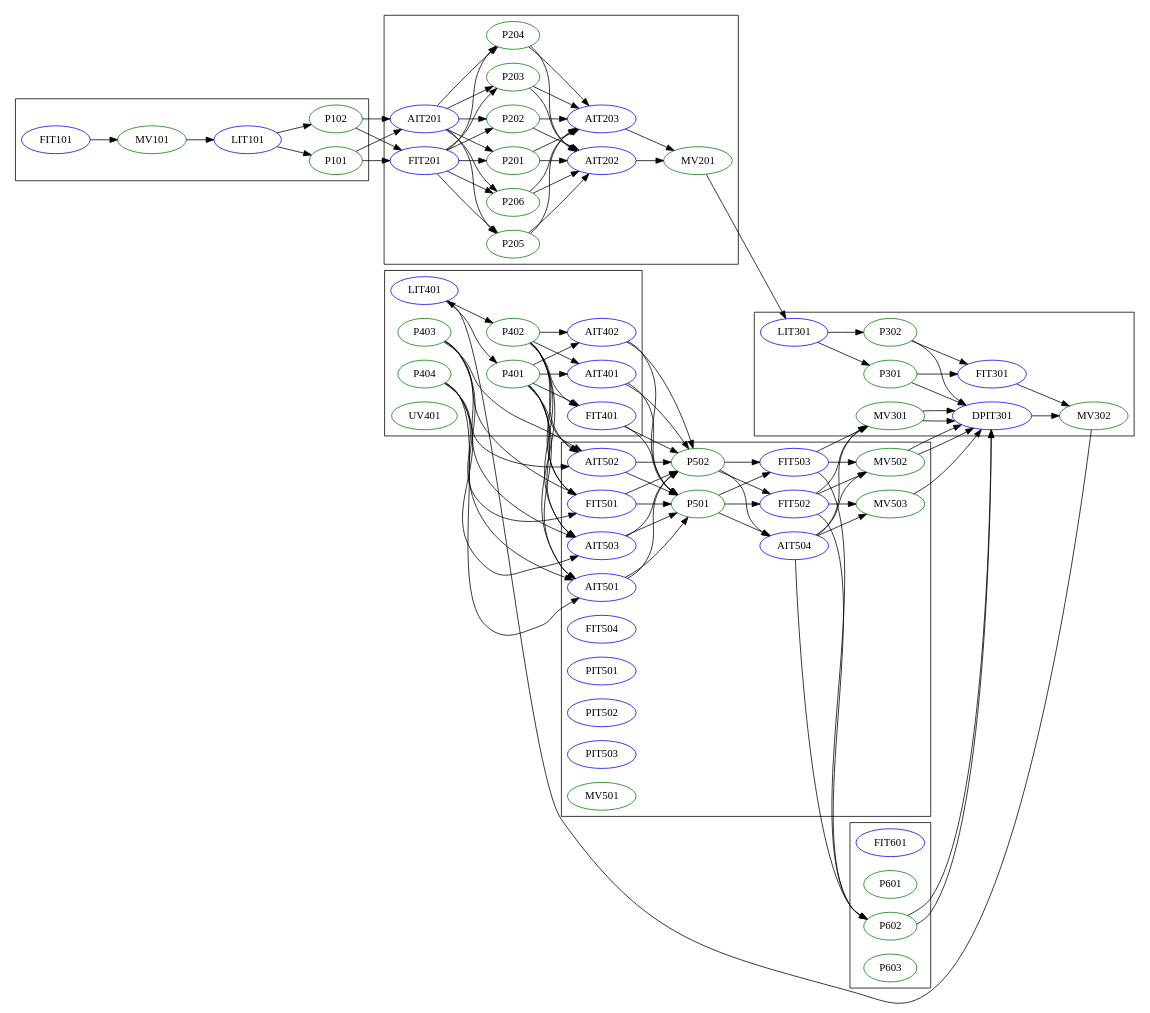
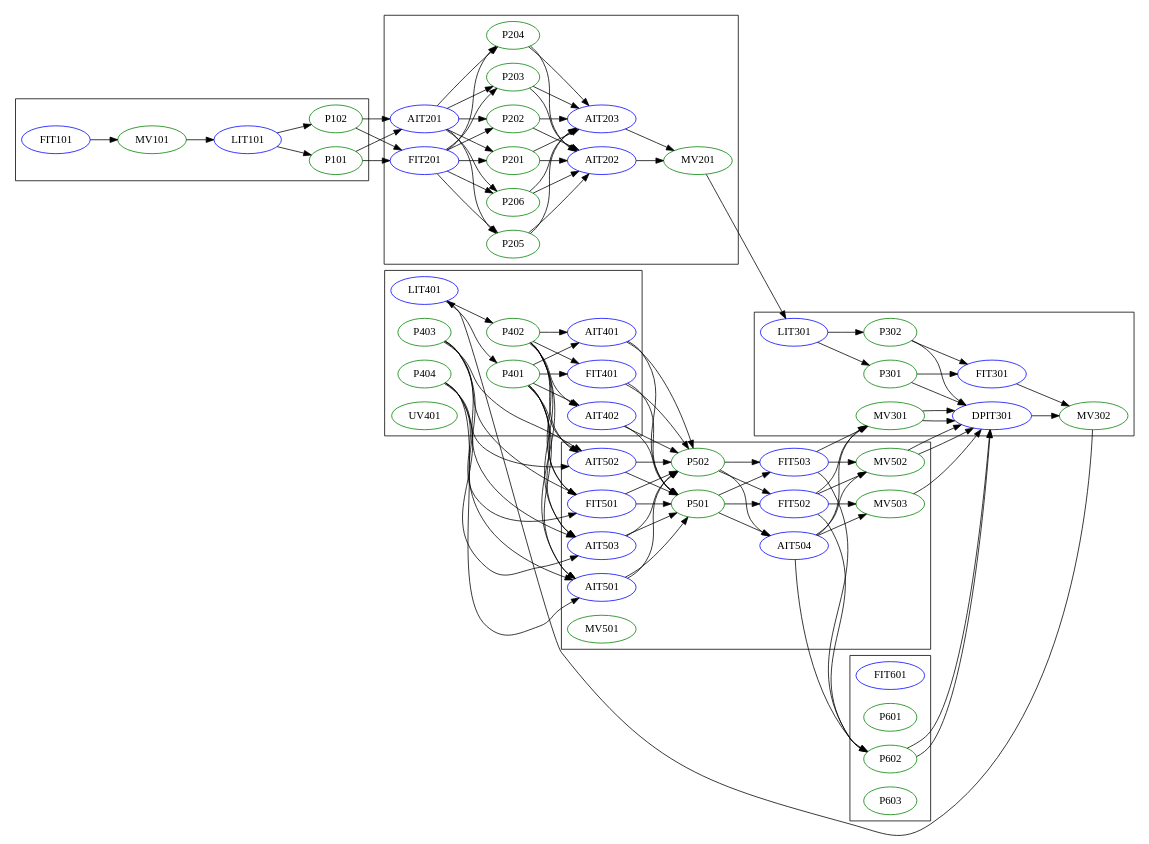
Before and after one commit to CITCOM-project/causal-cut-replication: the diagram in flow.dot, drawn with Graphviz. The commit also changed 1 other file, not shown here.

Commit message:
removed spurious nodes from flow

```diff
--- a/flow.dot
+++ b/flow.dot
@@ -1,80 +1,76 @@
 digraph dag {
   rankdir="LR";
 
   subgraph cluster_1 {
     FIT101[type="sensor" color="blue"];
     MV101[type="actuator" color="green"];
     LIT101[type="sensor" color="blue"];
     P101[type="actuator" color="green"];
     P102[type="actuator" color="green"];
   }
   subgraph cluster_2 {
     AIT201[type="sensor" color="blue"];
     AIT202[type="sensor" color="blue"];
     AIT203[type="sensor" color="blue"];
     FIT201[type="sensor" color="blue"];
     MV201[type="actuator" color="green"];
     P201[type="actuator" color="green"];
     P202[type="actuator" color="green"];
     P203[type="actuator" color="green"];
     P204[type="actuator" color="green"];
     P205[type="actuator" color="green"];
     P206[type="actuator" color="green"];
   }
   subgraph cluster_3 {
     DPIT301[type="sensor" color="blue"];
     FIT301[type="sensor" color="blue"];
     LIT301[type="sensor" color="blue"];
     /* AIT301[type="sensor" color="blue"]; */
     /* AIT302[type="sensor" color="blue"]; */
     /* AIT303[type="sensor" color="blue"]; */
     MV302[type="actuator" color="green"];
     MV301[type="actuator" color="green"];
     P301[type="actuator" color="green"];
     P302[type="actuator" color="green"];
   }
   subgraph cluster_4 {
     AIT401[type="sensor" color="blue"];
     AIT402[type="sensor" color="blue"];
     FIT401[type="sensor" color="blue"];
     LIT401[type="sensor" color="blue"];
     P401[type="actuator" color="green"];
     P402[type="actuator" color="green"];
     P403[type="actuator" color="green"];
     P404[type="actuator" color="green"];
     UV401[type="actuator" color="green"];
   }
   subgraph cluster_5 {
     AIT501[type="sensor" color="blue"];
     AIT502[type="sensor" color="blue"];
     AIT503[type="sensor" color="blue"];
     AIT504[type="sensor" color="blue"];
     FIT501[type="sensor" color="blue"];
     FIT502[type="sensor" color="blue"];
     FIT503[type="sensor" color="blue"];
-    FIT504[type="sensor" color="blue"];
     P501[type="actuator" color="green"];
     P502[type="actuator" color="green"];
-    PIT501[type="sensor" color="blue"];
-    PIT502[type="sensor" color="blue"];
-    PIT503[type="sensor" color="blue"];
 
     MV501[type="actuator" color="green"];
     MV502[type="actuator" color="green"];
     MV503[type="actuator" color="green"];
 
   }
   subgraph cluster_6 {
     FIT601[type="sensor" color="blue"];
     P601[type="actuator" color="green"];
     P602[type="actuator" color="green"];
     P603[type="actuator" color="green"];
   }
 
   FIT101 -> MV101 -> LIT101 -> {P101;P102} ->
   {FIT201;AIT201} -> {P201;P202;P203;P204;P205;P206;} -> {AIT202;AIT203} -> MV201 ->
   LIT301-> {P301;P302} -> {FIT301;DPIT301} -> MV302 -> {/*AIT301;AIT302;AIT303;*/LIT401} ->
   {P401;P402} -> {AIT401;FIT401;AIT402;AIT501;AIT502;AIT503;FIT501} -> {P501;P502} -> {AIT504;FIT502;FIT503};
   {AIT504;FIT502} -> {/*MV501;*/MV503;MV502;P602;MV301} -> DPIT301;
   FIT503 -> {MV502;P602;MV301} -> DPIT301;
   {P403;P404} -> {AIT501;AIT502;AIT503;FIT501};}
```
